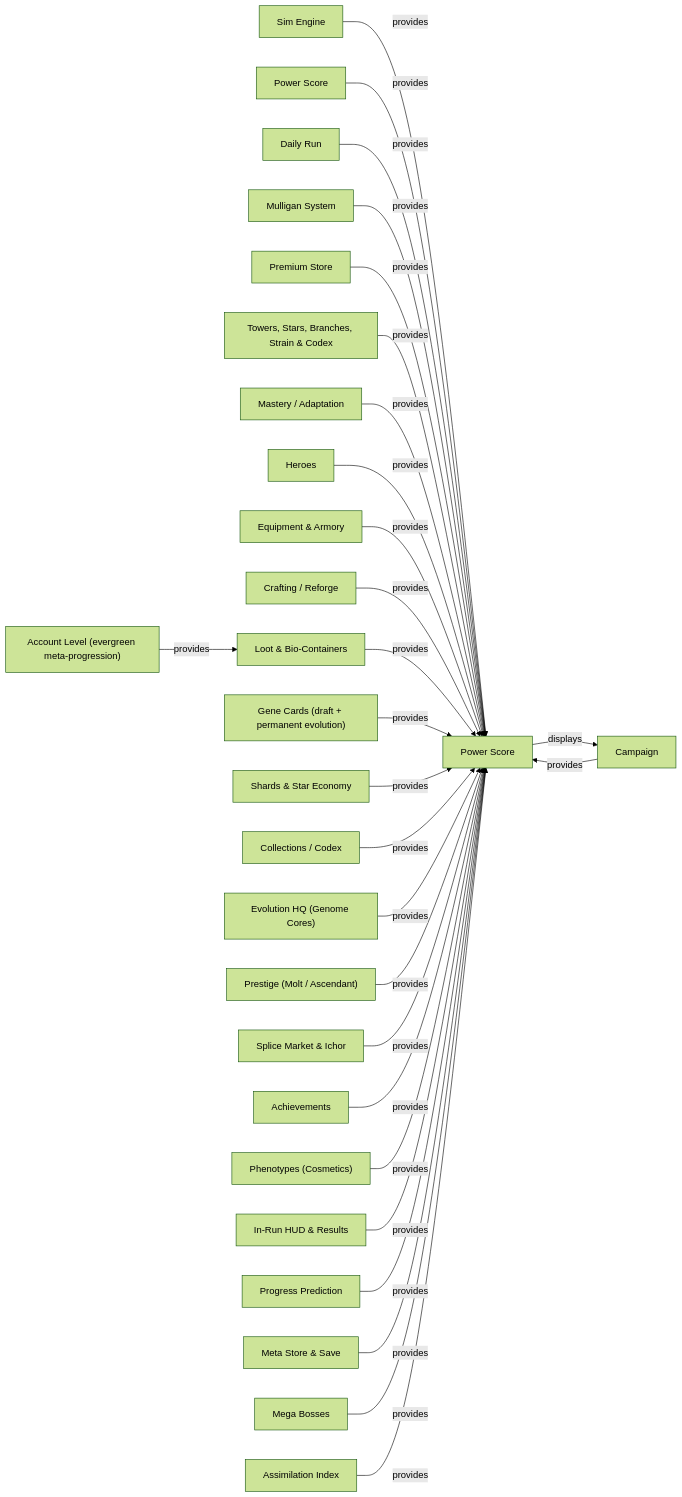
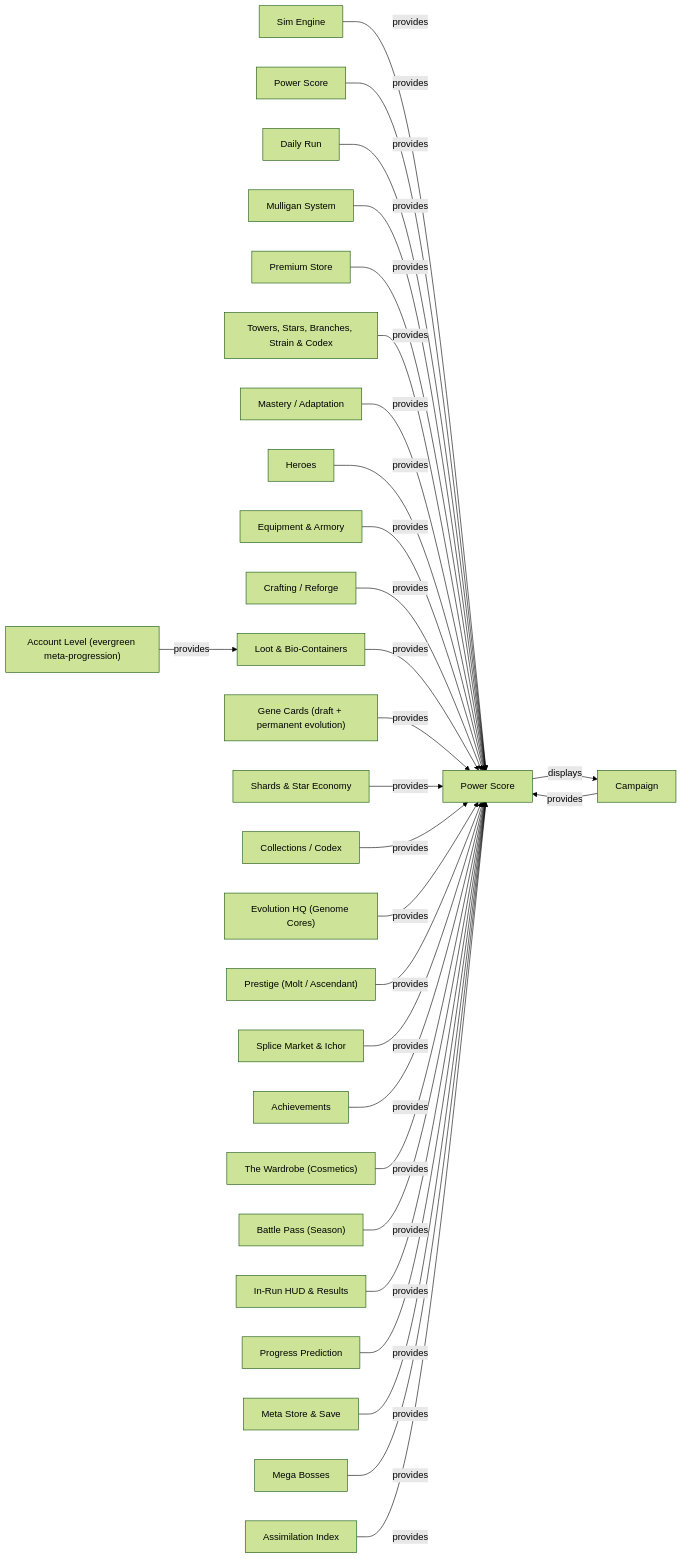
One commit to jathanalston-ship-it/TowerDefenseGame changed the second of 4 diagrams in docs/DIL_GRAPH.md. Above: the diagram before and after it, drawn with Mermaid (forest theme). The commit also changed other lines of this file and 2 other files, not shown here.

First line of the commit message:
regen graphs + validation over the Battle Pass rebase

````diff
--- a/docs/DIL_GRAPH.md
+++ b/docs/DIL_GRAPH.md
@@ -114,30 +118,31 @@
 ```mermaid
 graph LR
   system_engine["Sim Engine"] -->|provides| concept_power_score["Power Score"]
   system_power["Power Score"] -->|provides| concept_power_score["Power Score"]
   system_campaign["Campaign"] -->|provides| concept_power_score["Power Score"]
   system_daily["Daily Run"] -->|provides| concept_power_score["Power Score"]
   system_mulligans["Mulligan System"] -->|provides| concept_power_score["Power Score"]
   system_premium["Premium Store"] -->|provides| concept_power_score["Power Score"]
   system_towers["Towers, Stars, Branches, Strain & Codex"] -->|provides| concept_power_score["Power Score"]
   system_mastery["Mastery / Adaptation"] -->|provides| concept_power_score["Power Score"]
   system_heroes["Heroes"] -->|provides| concept_power_score["Power Score"]
   system_equipment["Equipment & Armory"] -->|provides| concept_power_score["Power Score"]
   system_crafting["Crafting / Reforge"] -->|provides| concept_power_score["Power Score"]
   system_loot["Loot & Bio-Containers"] -->|provides| concept_power_score["Power Score"]
   system_gene_cards["Gene Cards (draft + permanent evolution)"] -->|provides| concept_power_score["Power Score"]
   system_shards_economy["Shards & Star Economy"] -->|provides| concept_power_score["Power Score"]
   system_collection["Collections / Codex"] -->|provides| concept_power_score["Power Score"]
   system_evolution_hq["Evolution HQ (Genome Cores)"] -->|provides| concept_power_score["Power Score"]
   system_prestige["Prestige (Molt / Ascendant)"] -->|provides| concept_power_score["Power Score"]
   system_splice_market["Splice Market & Ichor"] -->|provides| concept_power_score["Power Score"]
   system_achievements["Achievements"] -->|provides| concept_power_score["Power Score"]
-  system_cosmetics["Phenotypes (Cosmetics)"] -->|provides| concept_power_score["Power Score"]
+  system_cosmetics["The Wardrobe (Cosmetics)"] -->|provides| concept_power_score["Power Score"]
+  system_battle_pass["Battle Pass (Season)"] -->|provides| concept_power_score["Power Score"]
   system_run_ui["In-Run HUD & Results"] -->|provides| concept_power_score["Power Score"]
   system_prediction["Progress Prediction"] -->|provides| concept_power_score["Power Score"]
   system_meta_store["Meta Store & Save"] -->|provides| concept_power_score["Power Score"]
   system_mega_bosses["Mega Bosses"] -->|provides| concept_power_score["Power Score"]
   system_assimilation["Assimilation Index"] -->|provides| concept_power_score["Power Score"]
   concept_power_score["Power Score"] -->|displays| system_campaign["Campaign"]
   system_account_level["Account Level (evergreen meta-progression)"] -->|provides| system_loot["Loot & Bio-Containers"]
 ```
````
